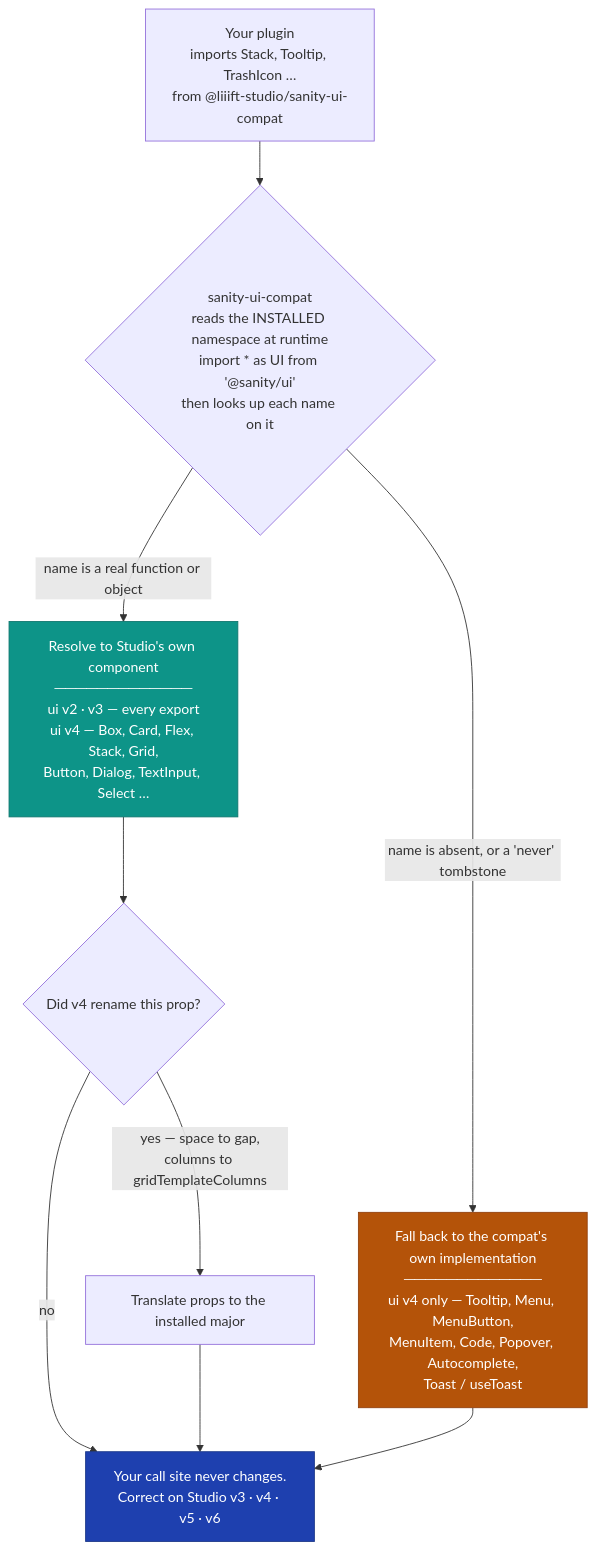
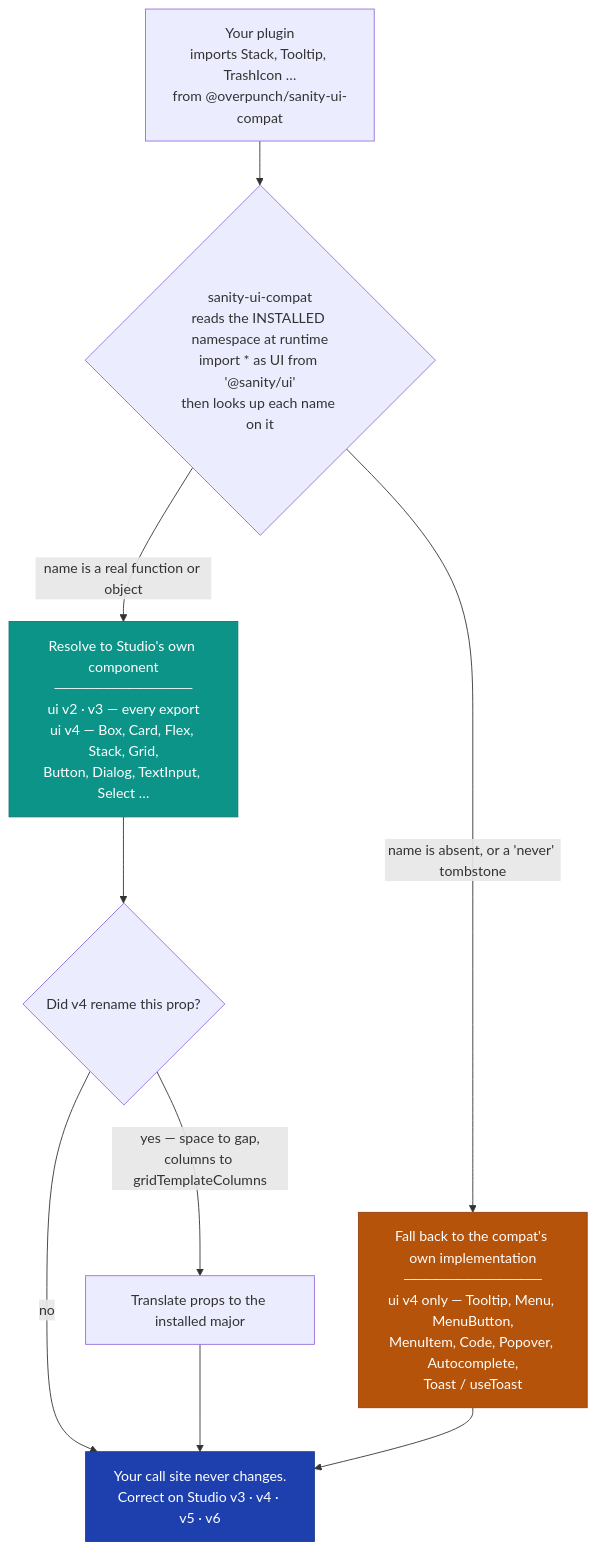
Before and after one commit to over-punch/liiift-sanity-tools: the diagram in sanity-ui-compat/README.md, drawn with Mermaid. The commit also changed other lines of this file and 24 other files, not shown here.

````diff
--- a/sanity-ui-compat/README.md
+++ b/sanity-ui-compat/README.md
@@ -99,28 +99,28 @@
 ```mermaid
 flowchart TD
-    P["Your plugin<br/>imports Stack, Tooltip, TrashIcon …<br/>from @liiift-studio/sanity-ui-compat"]
+    P["Your plugin<br/>imports Stack, Tooltip, TrashIcon …<br/>from @overpunch/sanity-ui-compat"]
     P --> R
 
     R{"sanity-ui-compat<br/>reads the INSTALLED namespace at runtime<br/>import * as UI from '@sanity/ui'<br/>then looks up each name on it"}
 
     R -->|"name is a real function or object"| REAL
     R -->|"name is absent, or a 'never' tombstone"| FALL
 
     REAL["Resolve to Studio's own component<br/>─────────────<br/>ui v2 · v3 — every export<br/>ui v4 — Box, Card, Flex, Stack, Grid,<br/>Button, Dialog, TextInput, Select …"]
     FALL["Fall back to the compat's own implementation<br/>─────────────<br/>ui v4 only — Tooltip, Menu, MenuButton,<br/>MenuItem, Code, Popover, Autocomplete,<br/>Toast / useToast"]
 
     REAL --> T{"Did v4 rename this prop?"}
     T -->|"no"| OUT
     T -->|"yes — space to gap,<br/>columns to gridTemplateColumns"| TR
     TR["Translate props to the installed major"] --> OUT
     FALL --> OUT
 
     OUT["Your call site never changes.<br/>Correct on Studio v3 · v4 · v5 · v6"]
 
     classDef real fill:#0d9488,stroke:#0f766e,color:#fff
     classDef fall fill:#b45309,stroke:#92400e,color:#fff
     classDef out fill:#1e40af,stroke:#1e3a8a,color:#fff
     class REAL real
     class FALL fall
     class OUT out
 ```
````
